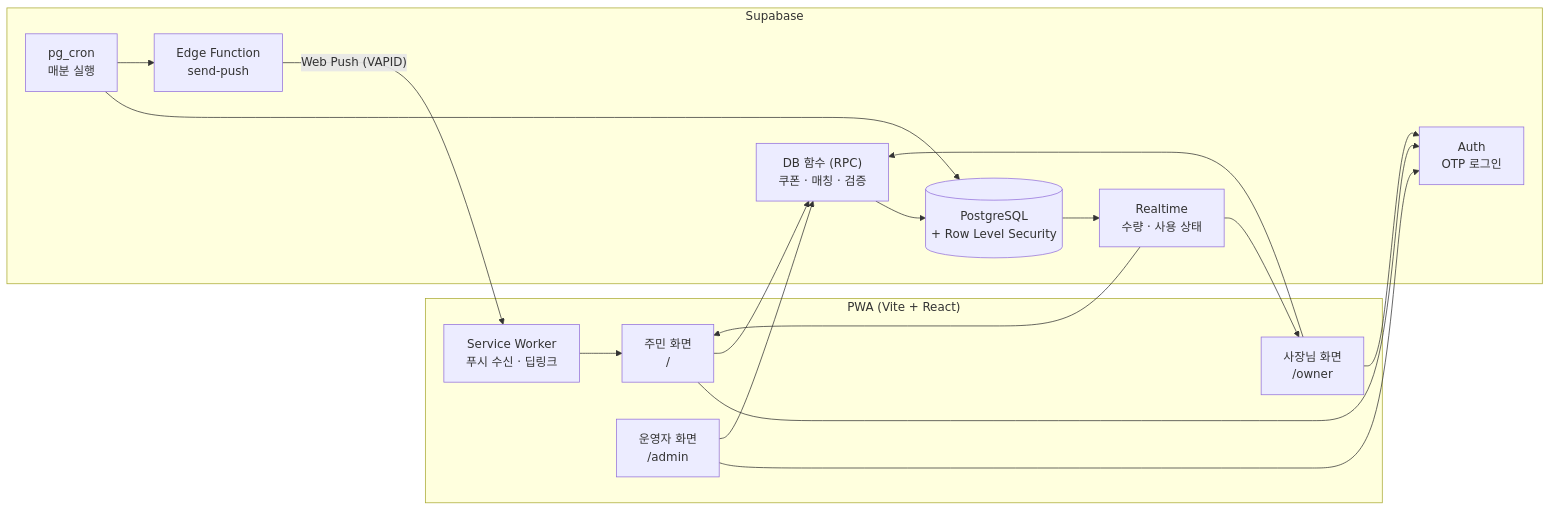
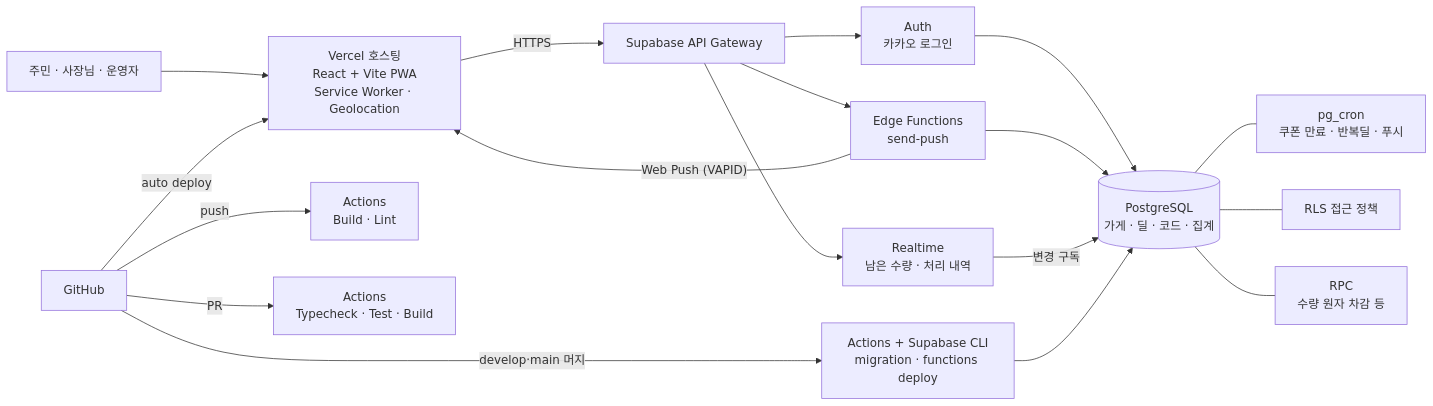
The second of 4 diagrams in README.md (2026-KW-HACKATHON/05_Last-pang), drawn with Mermaid before and after one commit. The commit also changed other lines of this file, not shown here.

First line of the commit message:
docs: README 로그인·아키텍처·라우트를 카카오 로그인과 10/1 아키텍처로 수정 (#7)

````diff
--- a/README.md
+++ b/README.md
@@ -127,26 +128,20 @@
 ```mermaid
 flowchart LR
-  subgraph Client["PWA (Vite + React)"]
-    R["주민 화면<br/>/"]
-    O["사장님 화면<br/>/owner"]
-    A["운영자 화면<br/>/admin"]
-    SW["Service Worker<br/>푸시 수신 · 딥링크"]
-  end
-
-  subgraph Supabase
-    AUTH["Auth<br/>OTP 로그인"]
-    RPC["DB 함수 (RPC)<br/>쿠폰 · 매칭 · 검증"]
-    RT["Realtime<br/>수량 · 사용 상태"]
-    DB[("PostgreSQL<br/>+ Row Level Security")]
-    CRON["pg_cron<br/>매분 실행"]
-    EF["Edge Function<br/>send-push"]
-  end
-
-  R & O & A --> AUTH
-  R & O & A --> RPC --> DB
-  RT --> R & O
-  DB --> RT
-  CRON --> DB
-  CRON --> EF
-  EF -- Web Push (VAPID) --> SW --> R
+  U["주민 · 사장님 · 운영자"] --> V["Vercel 호스팅<br/>React + Vite PWA<br/>Service Worker · Geolocation"]
+  V -->|HTTPS| G["Supabase API Gateway"]
+  G --> AU["Auth<br/>카카오 로그인"]
+  G --> EF["Edge Functions<br/>send-push"]
+  G --> RT["Realtime<br/>남은 수량 · 처리 내역"]
+  AU --> PG[("PostgreSQL<br/>가게 · 딜 · 코드 · 집계")]
+  EF --> PG
+  RT -->|변경 구독| PG
+  PG --- CR["pg_cron<br/>쿠폰 만료 · 반복딜 · 푸시"]
+  PG --- RLS["RLS 접근 정책"]
+  PG --- FN["RPC<br/>수량 원자 차감 등"]
+  EF -- "Web Push (VAPID)" --> V
+  GH["GitHub"] -->|push| A1["Actions<br/>Build · Lint"]
+  GH -->|PR| A2["Actions<br/>Typecheck · Test · Build"]
+  GH -->|develop·main 머지| A3["Actions + Supabase CLI<br/>migration · functions deploy"]
+  A3 --> PG
+  GH -->|auto deploy| V
 ```
````
